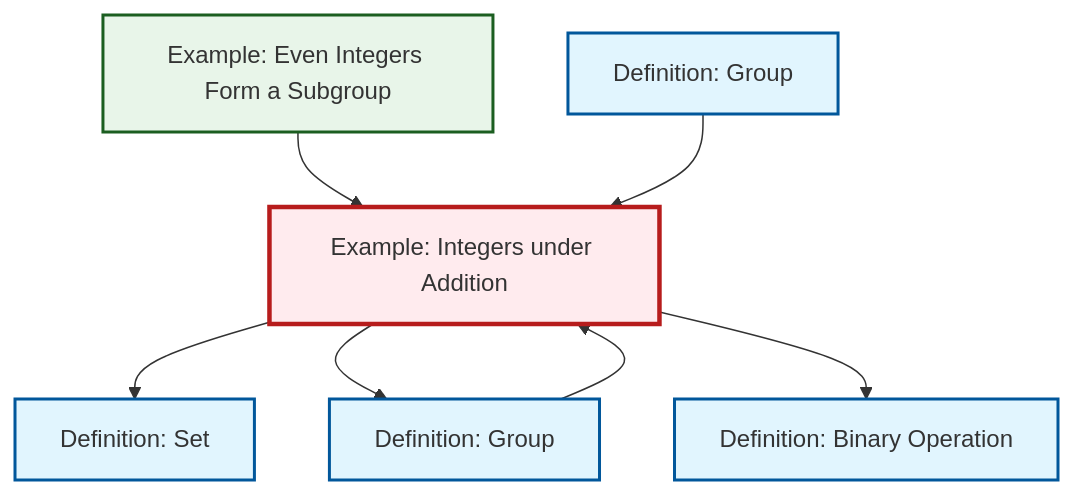
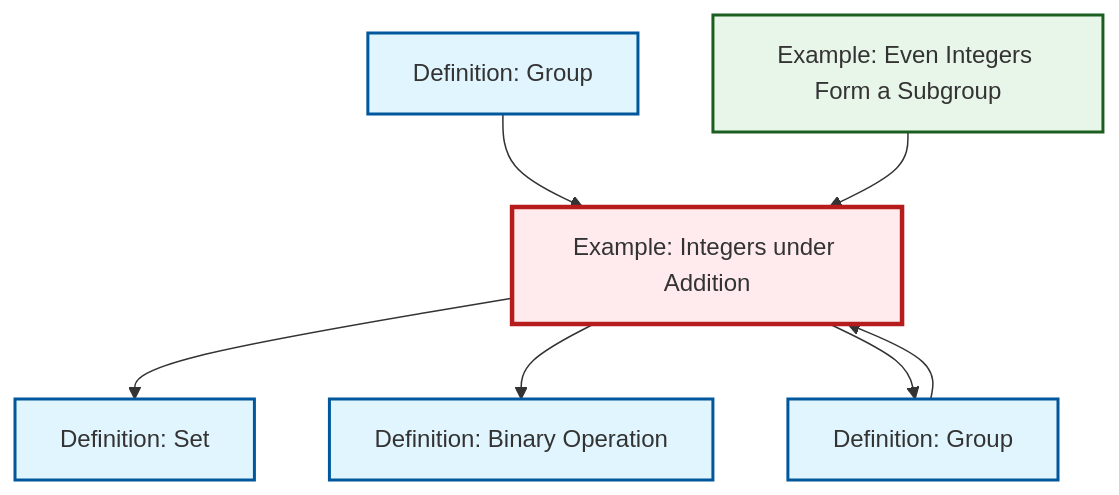
The diagram in output/mermaid/ex-integers-addition.mermaid (RK0429/ModernMath), drawn with Mermaid before and after one commit. The commit also changed other lines of this file and 1198 other files, not shown here.

````diff
--- a/output/mermaid/ex-integers-addition.mermaid
+++ b/output/mermaid/ex-integers-addition.mermaid
@@ -1,22 +1,22 @@
 ```{mermaid}
 %%| fig-cap: "Local dependency graph"
 graph TD
     classDef definition fill:#e1f5fe,stroke:#01579b,stroke-width:2px
     classDef theorem fill:#f3e5f5,stroke:#4a148c,stroke-width:2px
     classDef axiom fill:#fff3e0,stroke:#e65100,stroke-width:2px
     classDef example fill:#e8f5e9,stroke:#1b5e20,stroke-width:2px
     classDef current fill:#ffebee,stroke:#b71c1c,stroke-width:3px
+    def-group-example["Definition: Group"]:::definition
+    ex-even-integers-subgroup["Example: Even Integers Form a Subgroup"]:::example
+    def-group["Definition: Group"]:::definition
     def-set["Definition: Set"]:::definition
     ex-integers-addition["Example: Integers under Addition"]:::example
-    def-group["Definition: Group"]:::definition
     def-binary-operation["Definition: Binary Operation"]:::definition
-    ex-even-integers-subgroup["Example: Even Integers Form a Subgroup"]:::example
-    def-group-example["Definition: Group"]:::definition
     ex-integers-addition --> def-set
+    ex-integers-addition --> def-binary-operation
+    def-group-example --> ex-integers-addition
+    ex-even-integers-subgroup --> ex-integers-addition
     ex-integers-addition --> def-group
-    ex-even-integers-subgroup --> ex-integers-addition
-    def-group-example --> ex-integers-addition
-    ex-integers-addition --> def-binary-operation
     def-group --> ex-integers-addition
     class ex-integers-addition current
 ```
````
